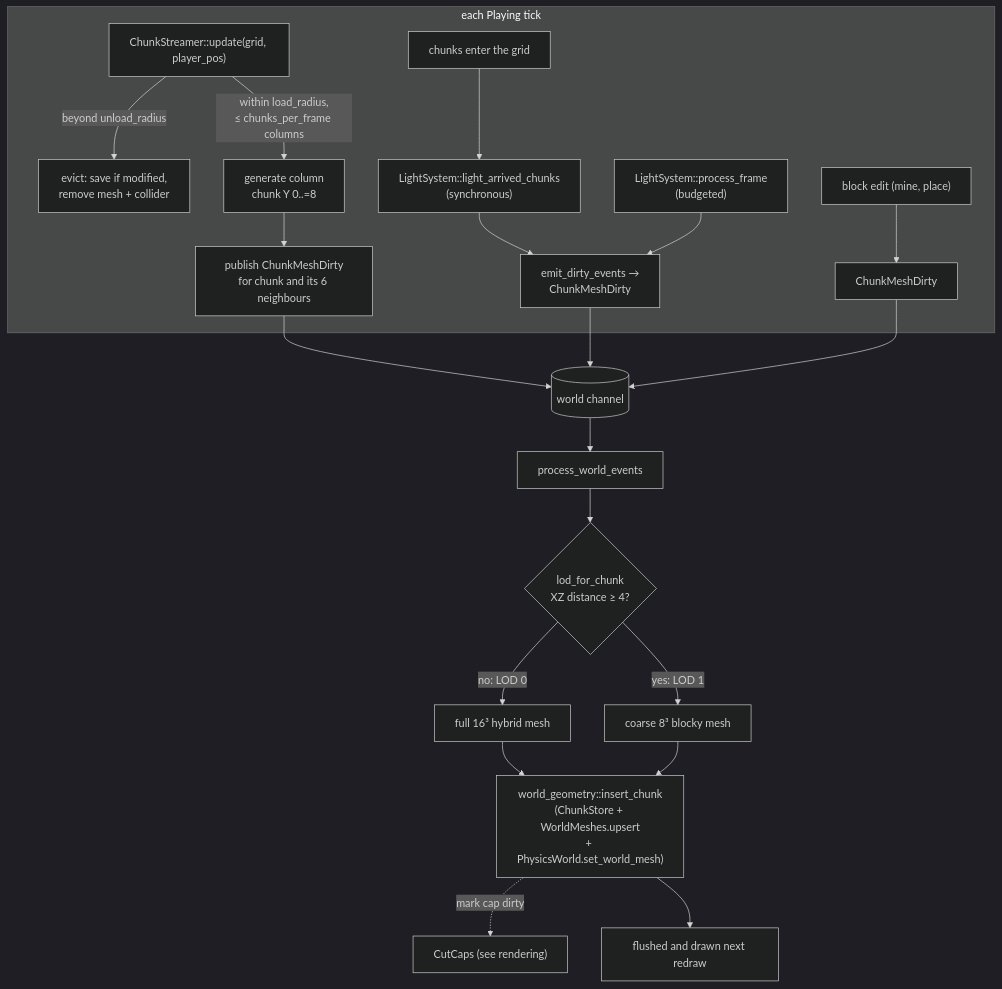
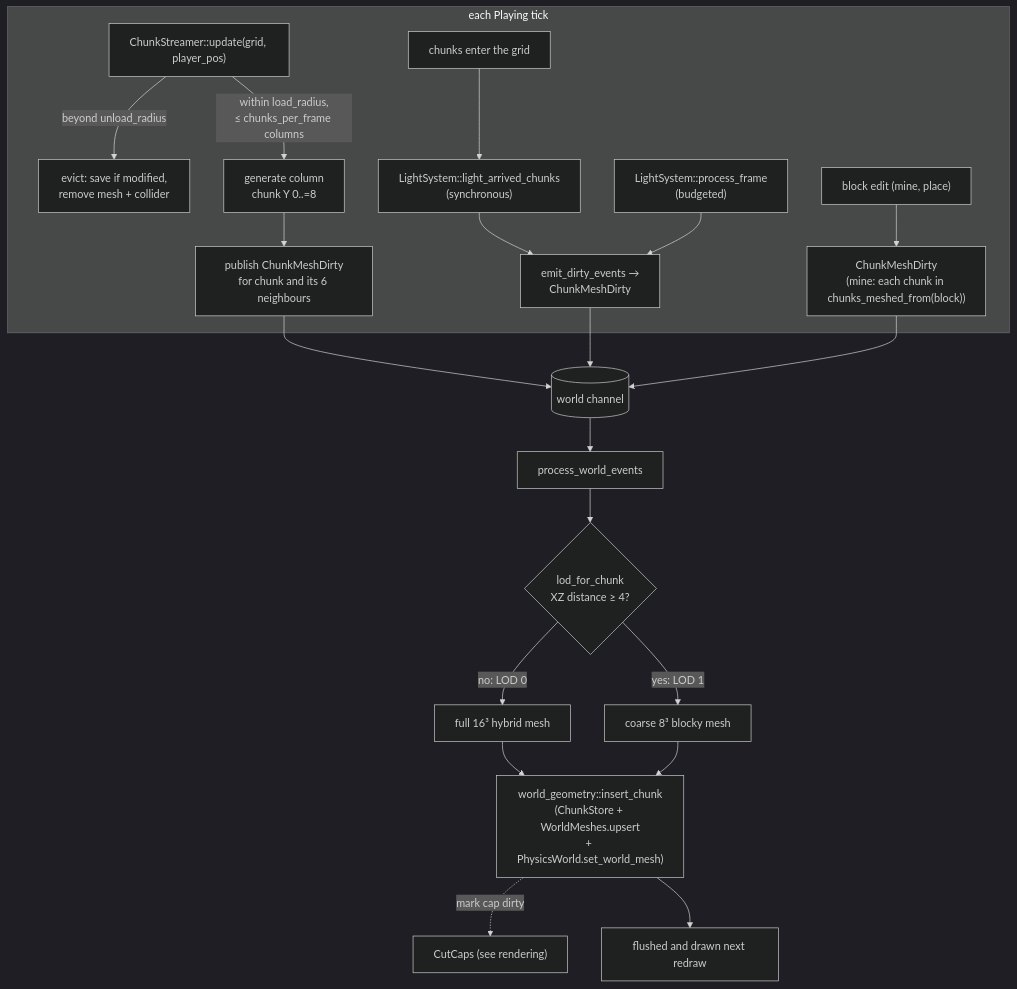
One commit to WrackedFella/moho changed the diagram in wiki/architecture/world-streaming.md. Above: the diagram before and after it, drawn with Mermaid (dark theme). The commit also changed other lines of this file and 6 other files, not shown here.

````diff
--- a/wiki/architecture/world-streaming.md
+++ b/wiki/architecture/world-streaming.md
@@ -10,21 +10,21 @@
 ```mermaid
 flowchart TD
     subgraph frame["each Playing tick"]
         S["ChunkStreamer::update(grid, player_pos)"]
         S -->|"beyond unload_radius"| EV["evict: save if modified,<br/>remove mesh + collider"]
         S -->|"within load_radius,<br/>≤ chunks_per_frame columns"| LD["generate column<br/>chunk Y 0..=8"]
         LD --> D1["publish ChunkMeshDirty<br/>for chunk and its 6 neighbours"]
         LA["chunks enter the grid"] --> LL["LightSystem::light_arrived_chunks<br/>(synchronous)"]
         LL --> D2
         LS["LightSystem::process_frame<br/>(budgeted)"] --> D2["emit_dirty_events →<br/>ChunkMeshDirty"]
-        EDIT["block edit (mine, place)"] --> D3["ChunkMeshDirty"]
+        EDIT["block edit (mine, place)"] --> D3["ChunkMeshDirty<br/>(mine: each chunk in chunks_meshed_from(block))"]
     end
     D1 & D2 & D3 --> CH[("world channel")]
     CH --> PW["process_world_events"]
     PW --> LOD{"lod_for_chunk<br/>XZ distance ≥ 4?"}
     LOD -- "no: LOD 0" --> M0["full 16³ hybrid mesh"]
     LOD -- "yes: LOD 1" --> M1["coarse 8³ blocky mesh"]
     M0 & M1 --> OUT["world_geometry::insert_chunk<br/>(ChunkStore + WorldMeshes.upsert<br/>+ PhysicsWorld.set_world_mesh)"]
     OUT -. "mark cap dirty" .-> CAP["CutCaps (see rendering)"]
     OUT --> R["flushed and drawn next redraw"]
 ```
````
